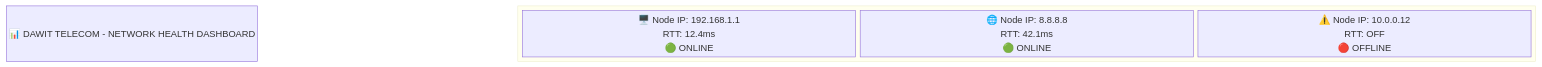
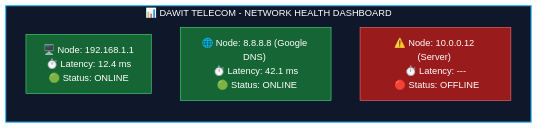
The second of 2 diagrams in README.md (Dawit21-27/dawit-enterprise-network-monitor-autofix), drawn with Mermaid before and after one commit. The commit also changed other lines of this file, not shown here.

````diff
--- a/README.md
+++ b/README.md
@@ -30,11 +35,14 @@
 ```mermaid
-block-beta
-columns 4
-  space:1 title["📊 DAWIT TELECOM - NETWORK HEALTH DASHBOARD"] space:1
-  block:c1:4
-    columns 3
-    node1["🖥️ Node IP: 192.168.1.1<br/>RTT: 12.4ms<br/>🟢 ONLINE"]
-    node2["🌐 Node IP: 8.8.8.8<br/>RTT: 42.1ms<br/>🟢 ONLINE"]
-    node3["⚠️ Node IP: 10.0.0.12<br/>RTT: OFF<br/>🔴 OFFLINE"]
-  end
+flowchart TD
+    subgraph Dashboard["📊 DAWIT TELECOM - NETWORK HEALTH DASHBOARD"]
+        direction TB
+        N1["🖥️ Node: 192.168.1.1 <br/> ⏱️ Latency: 12.4 ms <br/> 🟢 Status: ONLINE"]
+        N2["🌐 Node: 8.8.8.8 (Google DNS) <br/> ⏱️ Latency: 42.1 ms <br/> 🟢 Status: ONLINE"]
+        N3["⚠️ Node: 10.0.0.12 (Server) <br/> ⏱️ Latency: --- <br/> 🔴 Status: OFFLINE"]
+    end
+
+    style Dashboard fill:#0f172a,stroke:#38bdf8,stroke-width:2px,color:#fff
+    style N1 fill:#166534,stroke:#4ade80,stroke-width:1px,color:#fff
+    style N2 fill:#166534,stroke:#4ade80,stroke-width:1px,color:#fff
+    style N3 fill:#991b1b,stroke:#f87171,stroke-width:1px,color:#fff
 ```
````
